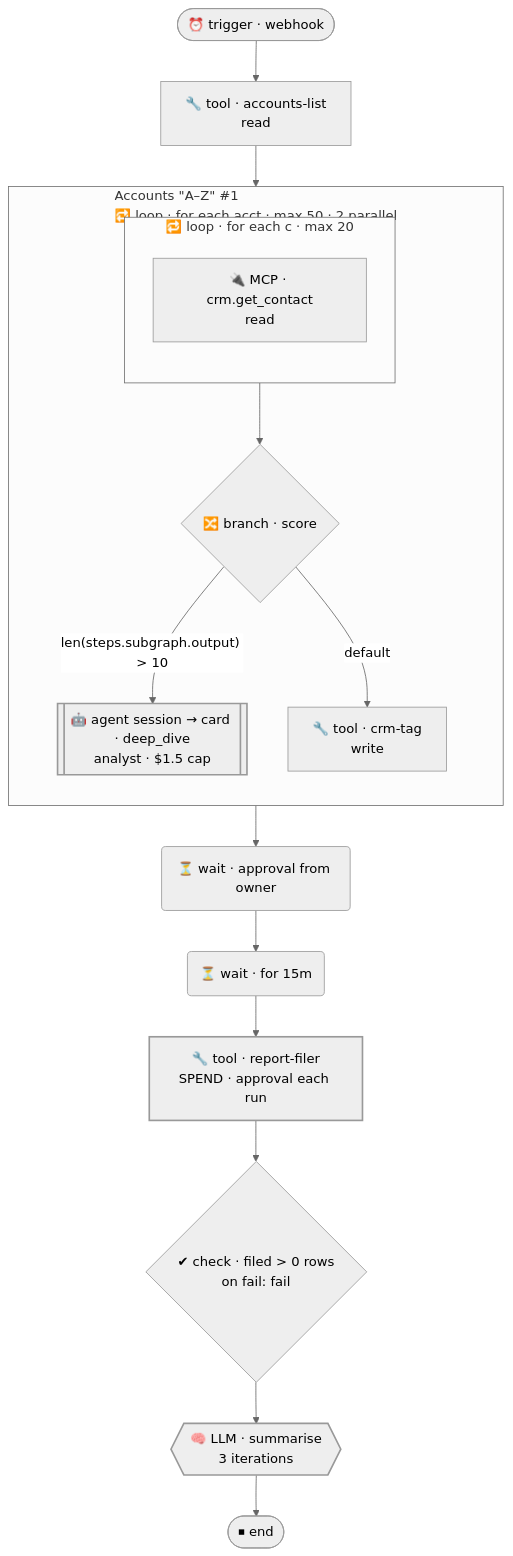
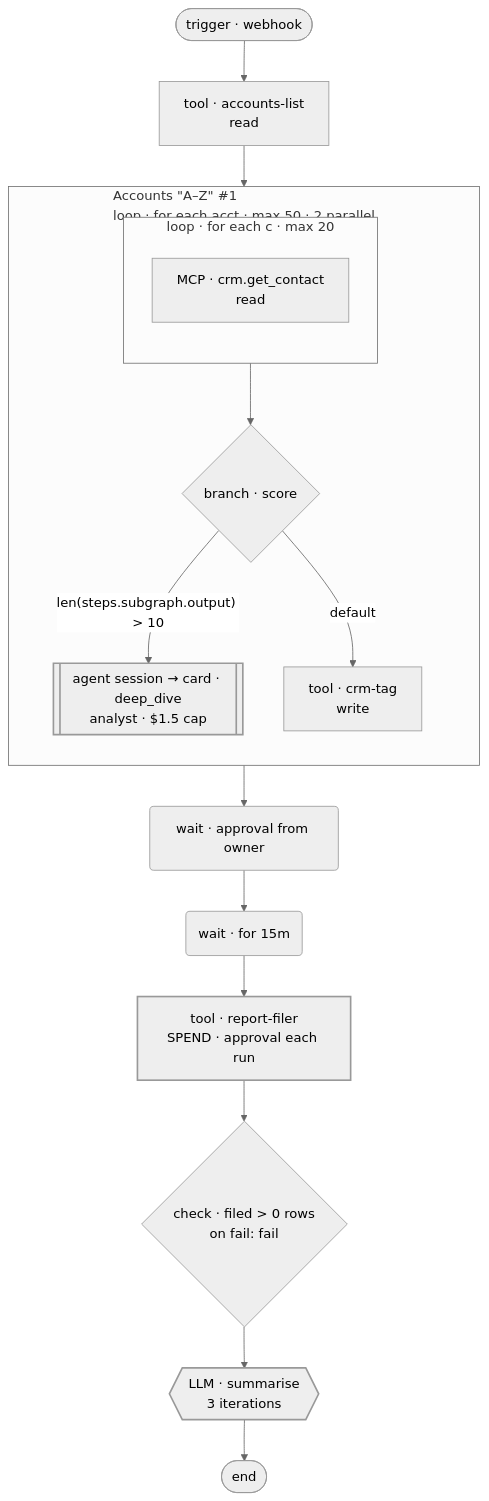
Before and after one commit to Axia-Growth/OperationKit: the diagram in app/shared/flow/__tests__/__snapshots__/kitchen-sink.mmd, drawn with Mermaid (neutral theme). The commit also changed 418 other files, not shown here.

```diff
--- a/app/shared/flow/__tests__/__snapshots__/kitchen-sink.mmd
+++ b/app/shared/flow/__tests__/__snapshots__/kitchen-sink.mmd
@@ -1,45 +1,45 @@
 flowchart TD
   classDef llm stroke-width:2px
   classDef agent stroke-width:2px
   classDef write stroke-width:1px
   classDef send stroke-width:2px
   classDef spend stroke-width:2px
   classDef succeeded stroke-width:3px
   classDef failed stroke-width:3px,stroke-dasharray:4 2
   classDef running stroke-width:3px
   classDef waiting stroke-width:3px,stroke-dasharray:2 2
   classDef skipped stroke-width:1px
   classDef mocked stroke-width:2px,stroke-dasharray:1 3
-  n_kick(["⏰ trigger · webhook"])
-  n_accounts["🔧 tool · accounts-list<br/>read"]
-  subgraph n_graph ["Accounts #34;A–Z#34; #35;1<br/>🔁 loop · for each acct · max 50 · 2 parallel"]
+  n_kick(["trigger · webhook"])
+  n_accounts["tool · accounts-list<br/>read"]
+  subgraph n_graph ["Accounts #34;A–Z#34; #35;1<br/>loop · for each acct · max 50 · 2 parallel"]
     direction TB
-    subgraph n_subgraph ["🔁 loop · for each c · max 20"]
+    subgraph n_subgraph ["loop · for each c · max 20"]
       direction TB
-      n_enrich["🔌 MCP · crm.get_contact<br/>read"]
+      n_enrich["MCP · crm.get_contact<br/>read"]
     end
-    n_score{"🔀 branch · score"}
-    n_deep_dive[["🤖 agent session → card · deep_dive<br/>analyst · $1.5 cap"]]
-    n_tag_small["🔧 tool · crm-tag<br/>write"]
+    n_score{"branch · score"}
+    n_deep_dive[["agent session → card · deep_dive<br/>analyst · $1.5 cap"]]
+    n_tag_small["tool · crm-tag<br/>write"]
   end
-  n_gate("⏳ wait · approval from owner")
-  n_cool_off("⏳ wait · for 15m")
-  n_file_report["🔧 tool · report-filer<br/>SPEND · approval each run"]
-  n_verify{"✔ check · filed #62; 0 rows<br/>on fail: fail"}
-  n_summarise{{"🧠 LLM · summarise<br/>3 iterations"}}
-  n_end(["⏹ end"])
+  n_gate("wait · approval from owner")
+  n_cool_off("wait · for 15m")
+  n_file_report["tool · report-filer<br/>SPEND · approval each run"]
+  n_verify{"check · filed #62; 0 rows<br/>on fail: fail"}
+  n_summarise{{"LLM · summarise<br/>3 iterations"}}
+  n_end(["end"])
   n_kick --> n_accounts
   n_accounts --> n_graph
   n_subgraph --> n_score
   n_score -->|"len(steps.subgraph.output) #62; 10"| n_deep_dive
   n_score -->|"default"| n_tag_small
   n_graph --> n_gate
   n_gate --> n_cool_off
   n_cool_off --> n_file_report
   n_file_report --> n_verify
   n_verify --> n_summarise
   n_summarise --> n_end
   class n_summarise llm
   class n_deep_dive agent
   class n_tag_small write
   class n_file_report spend
```
